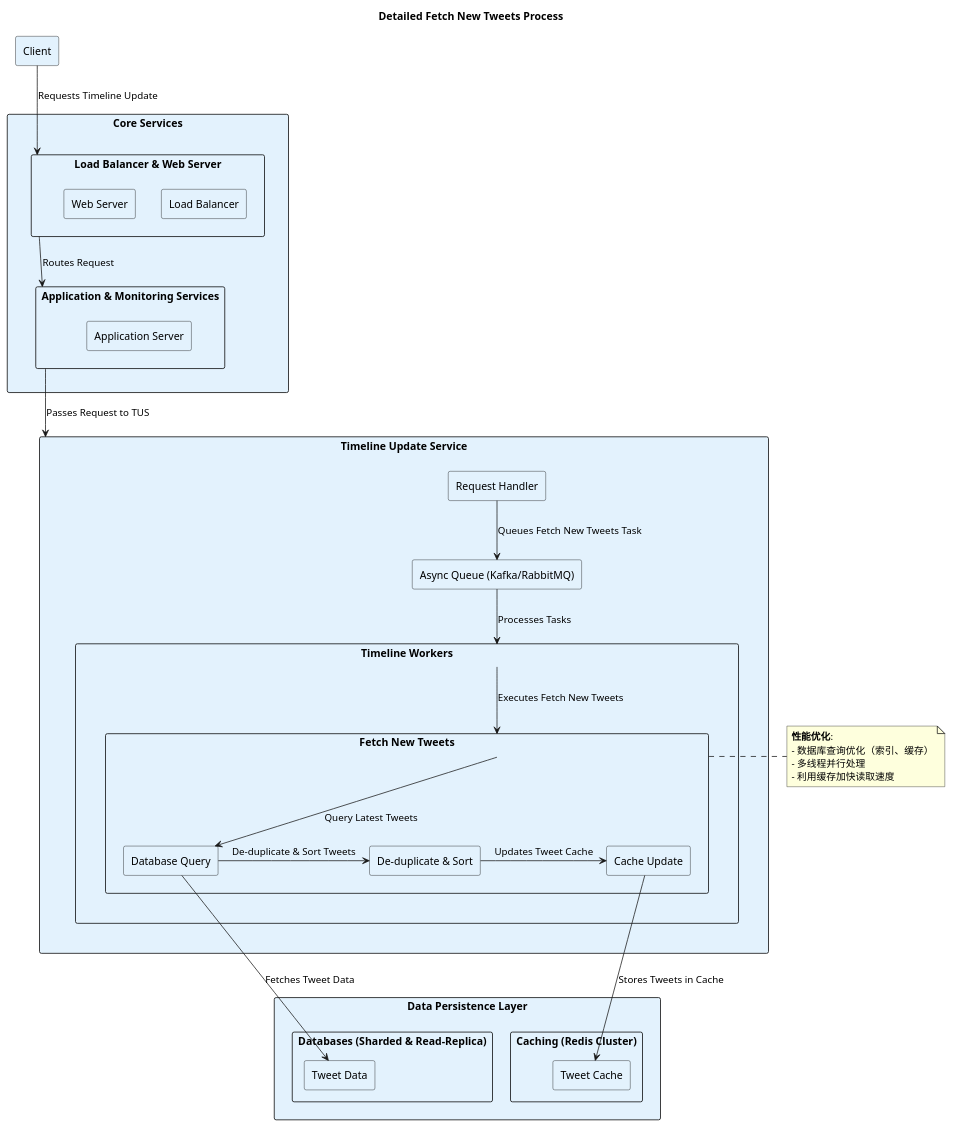
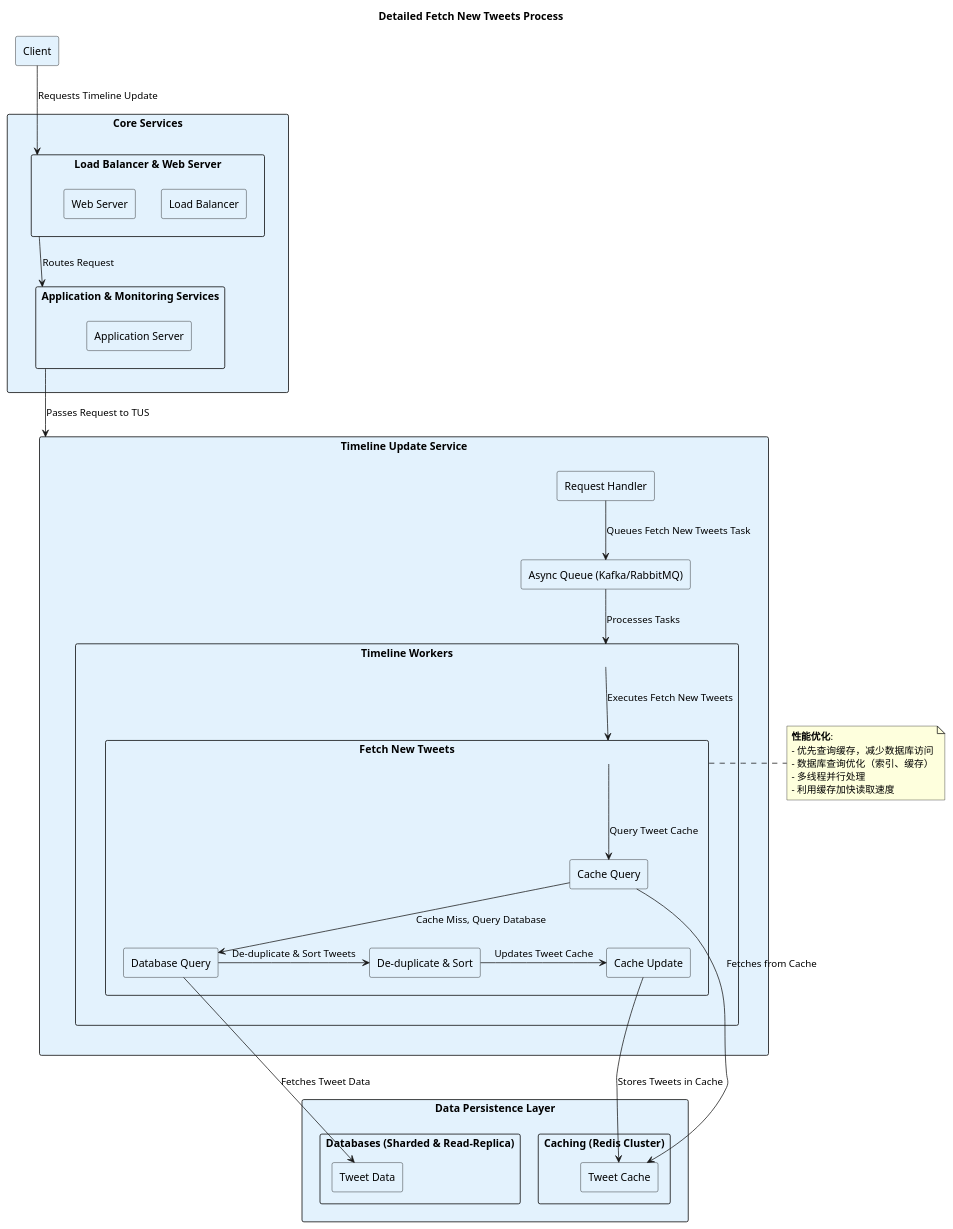
The diagram in twitter/fetch_new_tweets_detailed_architecture.puml (huangyingw/system_design), drawn with PlantUML before and after one commit.

```diff
--- a/twitter/fetch_new_tweets_detailed_architecture.puml
+++ b/twitter/fetch_new_tweets_detailed_architecture.puml
@@ -1,64 +1,68 @@
 @startuml
 
 title Detailed Fetch New Tweets Process
 
 skinparam rectangle {
     BackgroundColor #E3F2FD
     BorderColor black
     FontName "Arial"
     FontSize 14
 }
 
 rectangle "Client" as Client
 
 rectangle "Core Services" as Core {
     rectangle "Load Balancer & Web Server" as LBWS {
         rectangle "Load Balancer" as LB
         rectangle "Web Server" as WS
     }
     rectangle "Application & Monitoring Services" as AMS {
         rectangle "Application Server" as AS
     }
 }
 
 rectangle "Timeline Update Service" as TUS {
     rectangle "Request Handler" as RH
     rectangle "Async Queue (Kafka/RabbitMQ)" as AQ
     rectangle "Timeline Workers" as TW {
         rectangle "Fetch New Tweets" as FNT {
+            rectangle "Cache Query" as CQ
             rectangle "Database Query" as DBQ
             rectangle "De-duplicate & Sort" as DDS
             rectangle "Cache Update" as CU
         }
     }
 }
 
 rectangle "Data Persistence Layer" as DPS {
     rectangle "Caching (Redis Cluster)" as Cache {
         rectangle "Tweet Cache" as TC
     }
     rectangle "Databases (Sharded & Read-Replica)" as DB {
         rectangle "Tweet Data" as TD
     }
 }
 
 Client -down-> LBWS : Requests Timeline Update
 LBWS -down-> AMS : Routes Request
 AMS -down-> TUS : Passes Request to TUS
 RH -down-> AQ : Queues Fetch New Tweets Task
 AQ -down-> TW : Processes Tasks
 TW -down-> FNT : Executes Fetch New Tweets
-FNT -down-> DBQ : Query Latest Tweets
+FNT -down-> CQ : Query Tweet Cache
+CQ -right-> TC : Fetches from Cache
+CQ -down-> DBQ : Cache Miss, Query Database
 DBQ -down-> TD : Fetches Tweet Data
 DBQ -right-> DDS : De-duplicate & Sort Tweets
 DDS -right-> CU : Updates Tweet Cache
 CU -right-> TC : Stores Tweets in Cache
 
 note right of FNT
   **性能优化**:
+  - 优先查询缓存，减少数据库访问
   - 数据库查询优化（索引、缓存）
   - 多线程并行处理
   - 利用缓存加快读取速度
 end note
 
 @enduml
```
